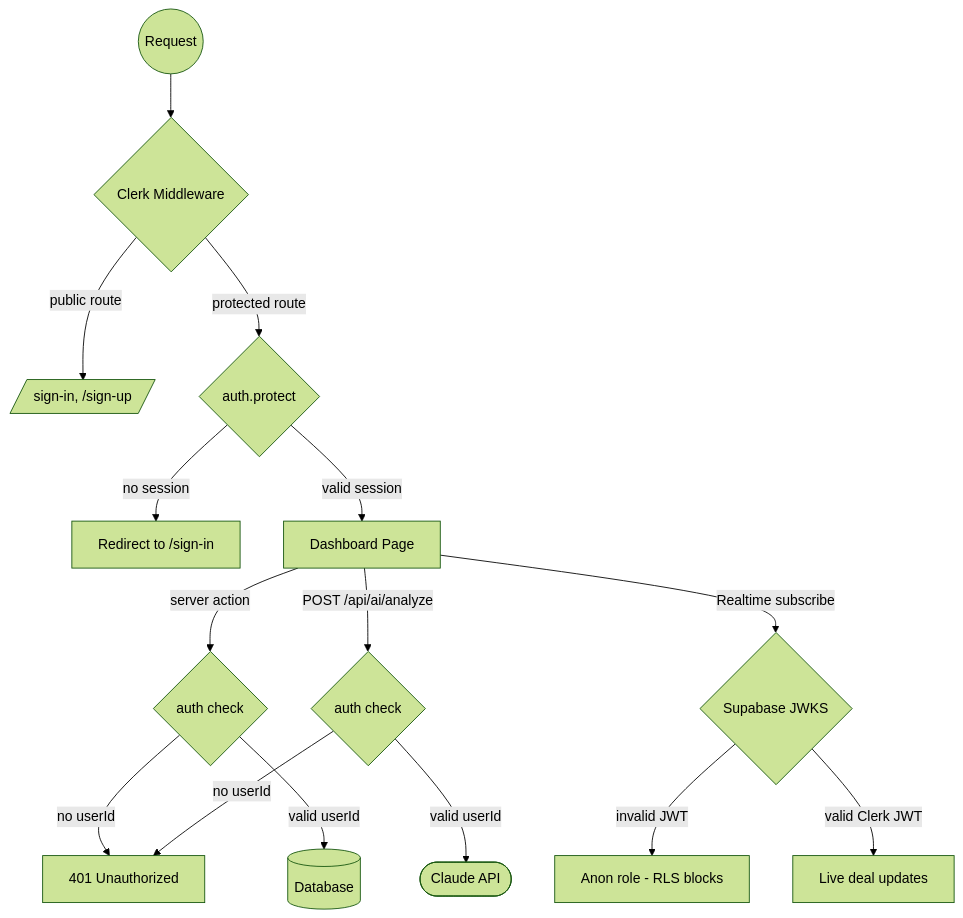
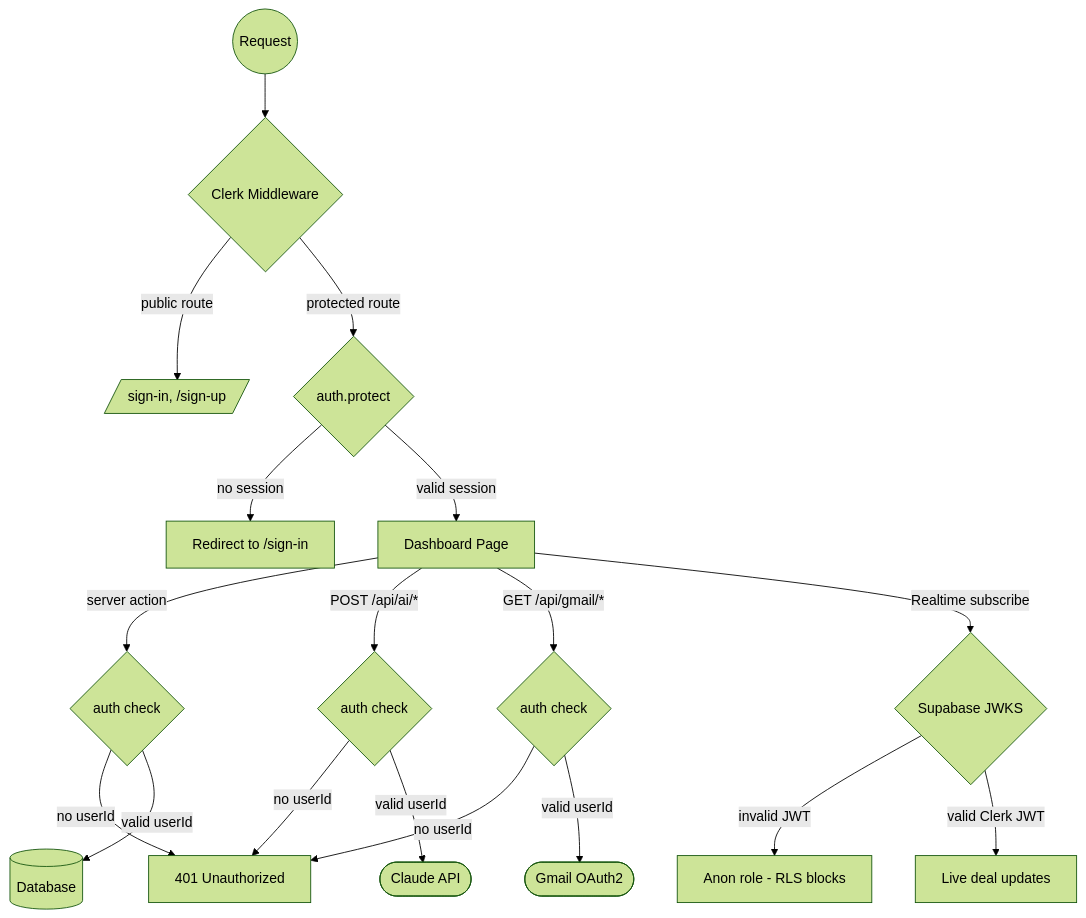
The diagram in docs/auth-flow.md (wenindoubt/admin.wenindoubt.com), drawn with Mermaid (forest theme) before and after one commit. The commit also changed other lines of this file and 15 other files, not shown here.

````diff
--- a/docs/auth-flow.md
+++ b/docs/auth-flow.md
@@ -5,17 +5,20 @@
 ```mermaid
 flowchart TD
     Request((Request)) --> Middleware{Clerk Middleware}
     Middleware -->|public route| SignIn[/sign-in, /sign-up/]
     Middleware -->|protected route| AuthCheck{auth.protect}
     AuthCheck -->|no session| Redirect[Redirect to /sign-in]
     AuthCheck -->|valid session| Page[Dashboard Page]
     Page -->|server action| ActionAuth{auth check}
     ActionAuth -->|no userId| Error[401 Unauthorized]
     ActionAuth -->|valid userId| DB[(Database)]
-    Page -->|POST /api/ai/analyze| APIAuth{auth check}
+    Page -->|POST /api/ai/*| APIAuth{auth check}
     APIAuth -->|no userId| Error
     APIAuth -->|valid userId| Claude([Claude API])
+    Page -->|GET /api/gmail/*| GmailAuth{auth check}
+    GmailAuth -->|no userId| Error
+    GmailAuth -->|valid userId| Gmail([Gmail OAuth2])
     Page -->|Realtime subscribe| SupaAuth{Supabase JWKS}
     SupaAuth -->|invalid JWT| Blocked[Anon role - RLS blocks]
     SupaAuth -->|valid Clerk JWT| Realtime[Live deal updates]
 ```
````
